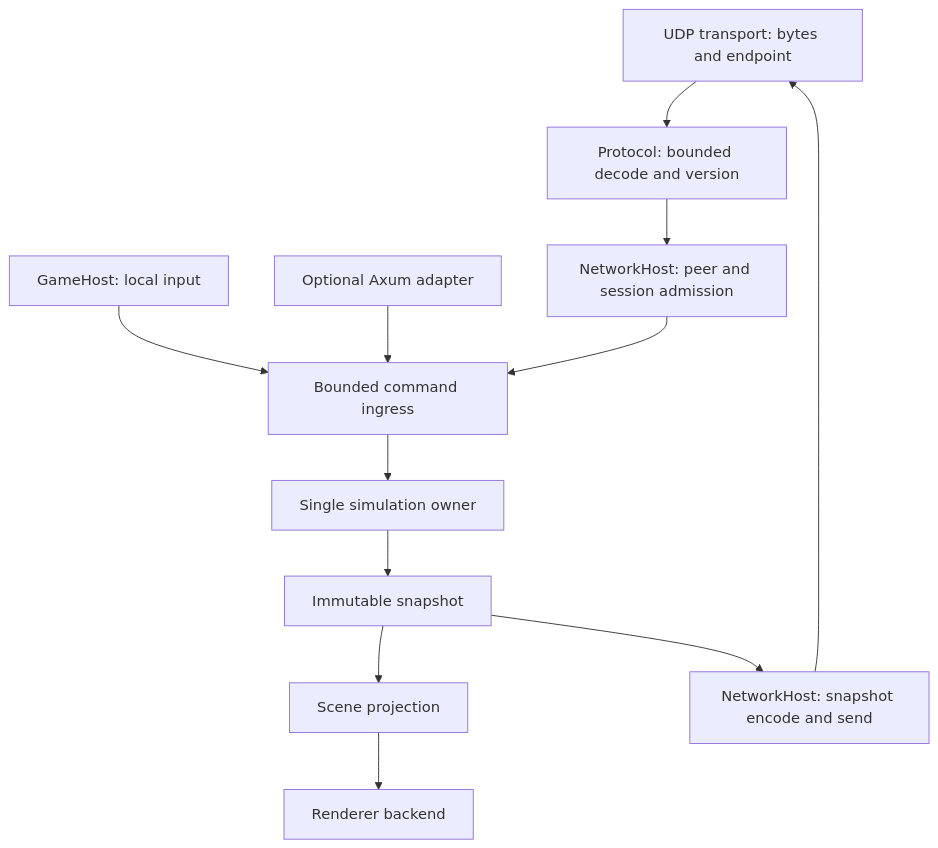
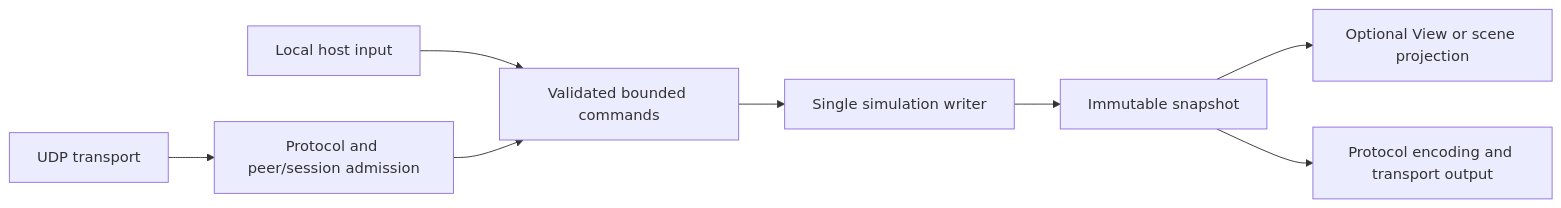
Before and after one commit to bohewu/yetlet: the second of 2 diagrams in docs/M28-COMPOSABLE-APPLICATION-PLAN.md, drawn with Mermaid. The commit also changed other lines of this file and 4 other files, not shown here.

````diff
--- a/docs/M28-COMPOSABLE-APPLICATION-PLAN.md
+++ b/docs/M28-COMPOSABLE-APPLICATION-PLAN.md
@@ -102,14 +128,10 @@
 ```mermaid
-flowchart TD
-    T["UDP transport: bytes and endpoint"] --> P["Protocol: bounded decode and version"]
-    P --> N["NetworkHost: peer and session admission"]
-    G["GameHost: local input"] --> C["Bounded command ingress"]
-    A["Optional Axum adapter"] --> C
-    N --> C
-    C --> S["Single simulation owner"]
+flowchart LR
+    I["Local host input"] --> C["Validated bounded commands"]
+    T["UDP transport"] --> P["Protocol and peer/session admission"]
+    P --> C
+    C --> S["Single simulation writer"]
     S --> V["Immutable snapshot"]
-    V --> D["Scene projection"]
-    D --> R["Renderer backend"]
-    V --> O["NetworkHost: snapshot encode and send"]
-    O --> T
+    V --> R["Optional View or scene projection"]
+    V --> N["Protocol encoding and transport output"]
 ```
````
